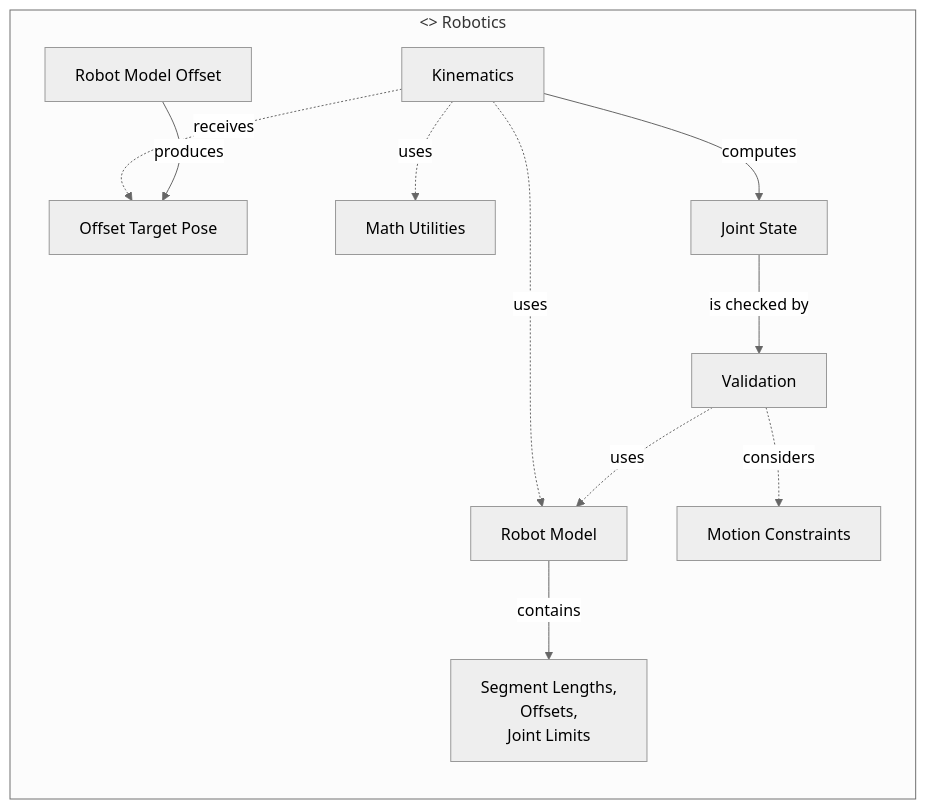
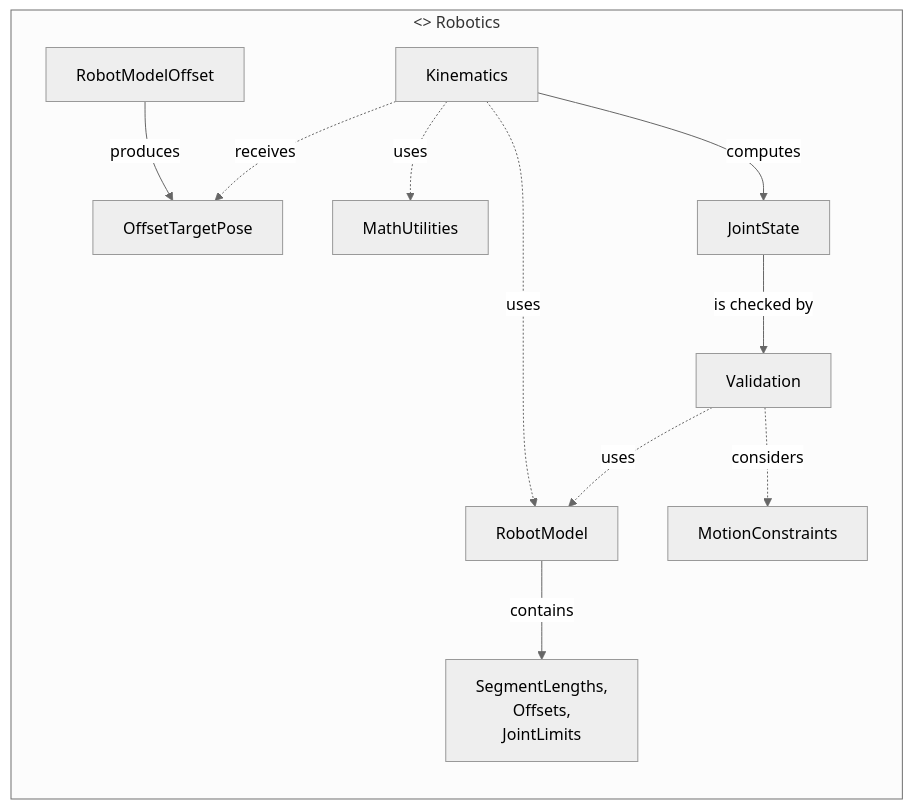
The fourth of 7 diagrams in doc/projektbeschreibung.md (butz1999/inverse_kinematik), drawn with Mermaid (neutral theme) before and after one commit. The commit also changed other lines of this file, not shown here.

Commit message:
Doku Konsistenzprüfung Architekturdiagramme

````diff
--- a/doc/projektbeschreibung.md
+++ b/doc/projektbeschreibung.md
@@ -493,24 +500,24 @@
 ```mermaid
 flowchart LR
     subgraph ROB["<<component>> Robotics"]
         C1[Kinematics]
         C2[Validation]
-        C3[Robot Model]
-        C4[Robot Model Offset]
-        C5[Motion Constraints]
-        C6[Joint State]
-        C7[Offset Target Pose]
-        C8[Math Utilities]
-        C9[Segment Lengths,\nOffsets,\nJoint Limits]
+        C3[RobotModel]
+        C4[RobotModelOffset]
+        C5[MotionConstraints]
+        C6[JointState]
+        C7[OffsetTargetPose]
+        C8[MathUtilities]
+        C9[SegmentLengths,\nOffsets,\nJointLimits]
 
         C1 -.->|uses| C3
+        C4 -->|produces| C7
         C1 -.->|receives| C7
         C1 -.->|uses| C8
         C2 -.->|uses| C3
         C2 -.->|considers| C5
         C3 -->|contains| C9
-        C4 -->|produces| C7
         C1 -->|computes| C6
         C6 -->|is checked by| C2
     end
 ```
````
